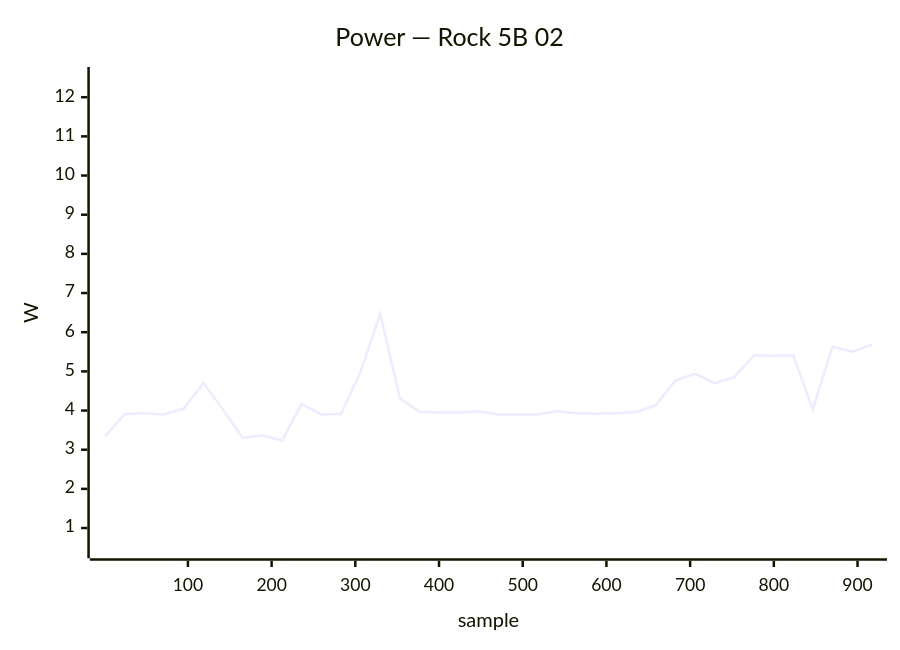
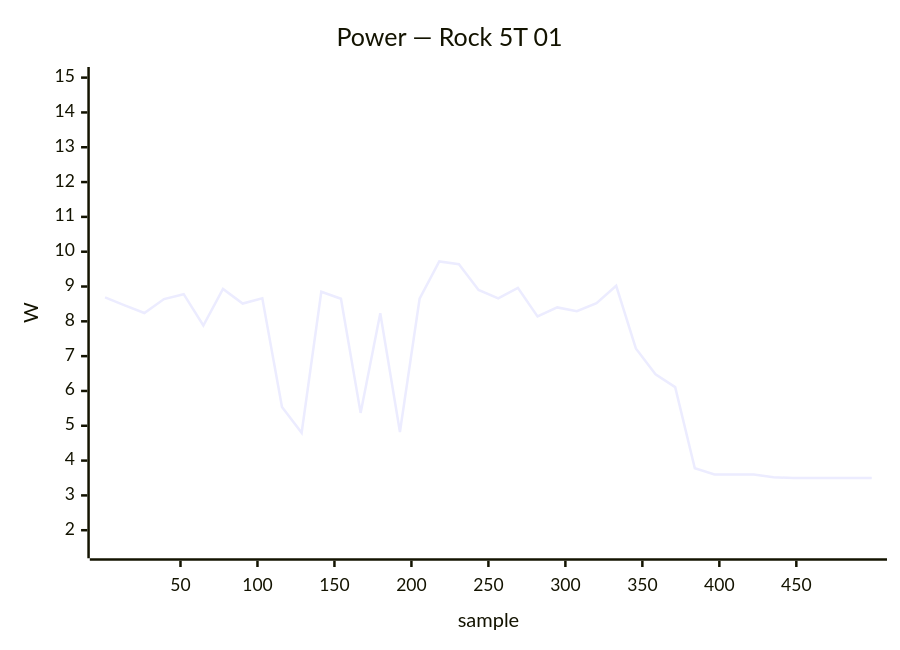
Before and after one commit to armbian/documentation: the fifth of 40 diagrams in docs/status/board-tests.md, drawn with Mermaid. The commit also changed other lines of this file, not shown here.

````diff
--- a/docs/status/board-tests.md
+++ b/docs/status/board-tests.md
@@ -203,7 +194,7 @@
 ```mermaid
 xychart-beta
-    title "Power — Rock 5B 02"
-    x-axis "sample" 1 --> 917
-    y-axis "W" 0.5 --> 12.5
-    line [3.34, 3.91, 3.93, 3.90, 4.05, 4.70, 4.03, 3.30, 3.37, 3.23, 4.17, 3.90, 3.91, 4.99, 6.47, 4.31, 3.97, 3.95, 3.95, 3.98, 3.90, 3.90, 3.90, 3.98, 3.93, 3.92, 3.93, 3.96, 4.13, 4.76, 4.94, 4.70, 4.85, 5.41, 5.40, 5.41, 4.03, 5.63, 5.50, 5.68]
+    title "Power — Rock 5T 01"
+    x-axis "sample" 1 --> 499
+    y-axis "W" 1.5 --> 15.0
+    line [8.69, 8.46, 8.24, 8.64, 8.78, 7.88, 8.93, 8.51, 8.66, 5.54, 4.80, 8.85, 8.65, 5.37, 8.23, 4.82, 8.65, 9.72, 9.64, 8.90, 8.66, 8.96, 8.14, 8.40, 8.29, 8.52, 9.02, 7.22, 6.48, 6.11, 3.78, 3.60, 3.60, 3.60, 3.52, 3.50, 3.50, 3.50, 3.50, 3.50]
 ```
````
